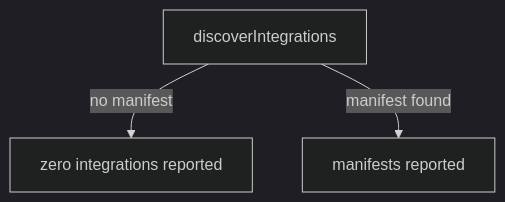
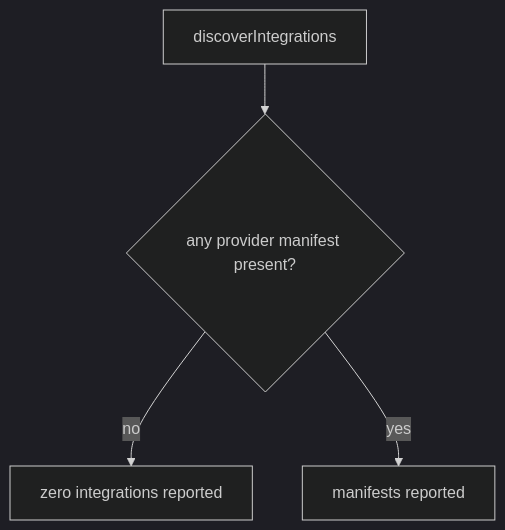
One commit to cyberuni/cyber-truss changed the first of 6 diagrams in packages/command-center/.agents/spec/integration/extension-contract/README.md. Above: the diagram before and after it, drawn with Mermaid (dark theme). The commit also changed other lines of this file and 2 other files, not shown here.

````diff
--- a/packages/command-center/.agents/spec/integration/extension-contract/README.md
+++ b/packages/command-center/.agents/spec/integration/extension-contract/README.md
@@ -174,5 +181,6 @@
 ```mermaid
 graph TD
-  A[discoverIntegrations] -->|no manifest| Z[zero integrations reported]
-  A -->|manifest found| Y[manifests reported]
+  A[discoverIntegrations] --> A1{any provider manifest present?}
+  A1 -->|no| Z[zero integrations reported]
+  A1 -->|yes| Y[manifests reported]
 ```
````
